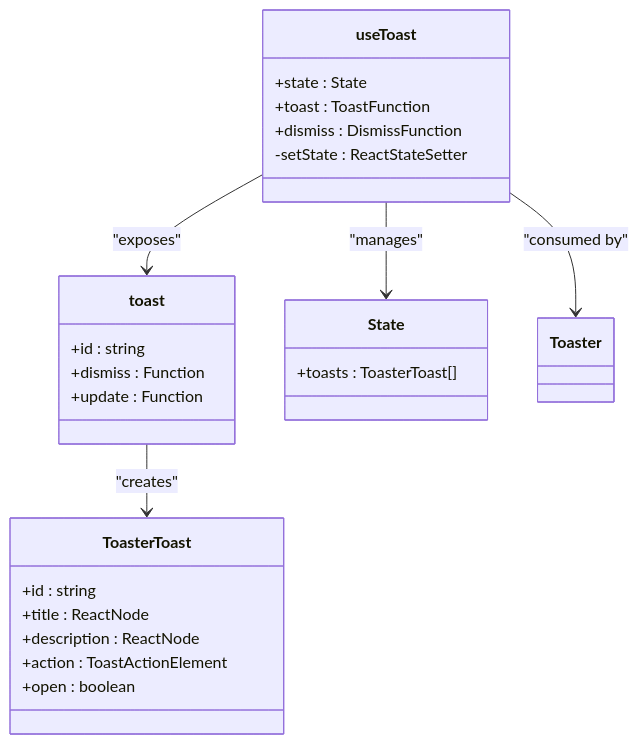
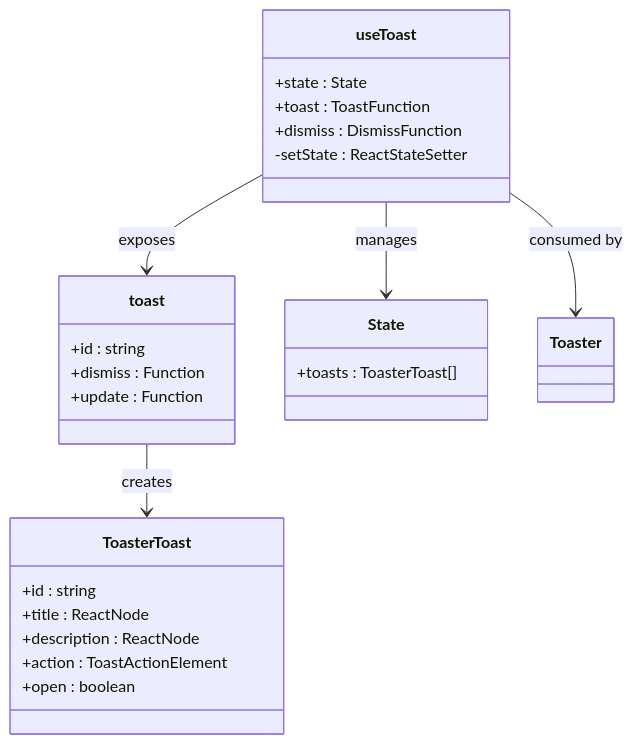
One commit to mohjak/sc-dof changed the second of 5 diagrams in .qoder/repowiki/en/content/Component Reference/UI Component Library/Utility Components & Hooks.md. Above: the diagram before and after it, drawn with Mermaid. The commit also changed other lines of this file and 68 other files, not shown here.

First line of the commit message:
docs(docs): update component architecture docs with markdown formatting fixes

````diff
--- a/.qoder/repowiki/en/content/Component Reference/UI Component Library/Utility Components & Hooks.md
+++ b/.qoder/repowiki/en/content/Component Reference/UI Component Library/Utility Components & Hooks.md
@@ -69,28 +67,28 @@
 ```mermaid
 classDiagram
 class useToast {
 +state : State
 +toast : ToastFunction
 +dismiss : DismissFunction
 -setState : ReactStateSetter
 }
 class toast {
 +id : string
 +dismiss : Function
 +update : Function
 }
 class State {
 +toasts : ToasterToast[]
 }
 class ToasterToast {
 +id : string
 +title : ReactNode
 +description : ReactNode
 +action : ToastActionElement
 +open : boolean
 }
-useToast --> State : "manages"
-useToast --> toast : "exposes"
-toast --> ToasterToast : "creates"
-useToast --> Toaster : "consumed by"
+useToast --> State : manages
+useToast --> toast : exposes
+toast --> ToasterToast : creates
+useToast --> Toaster : consumed by
 ```
````
